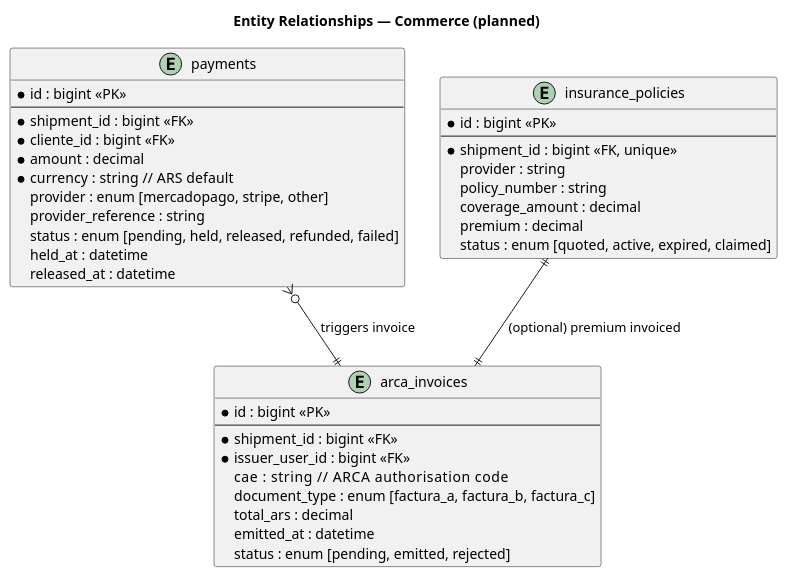
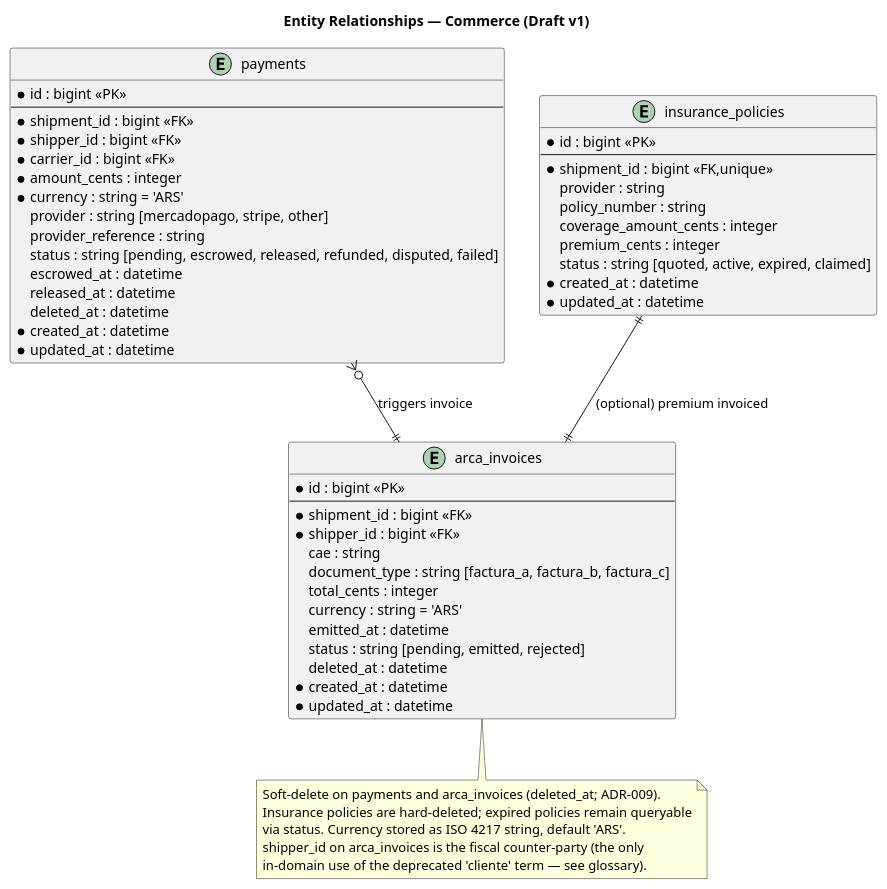
Before and after one commit to matias-ferrero/Truckr: the diagram in docs/04-database-diagrams/erd-commerce.puml, drawn with PlantUML. The commit also changed 32 other files, not shown here.

First line of the commit message:
[REQ-BE-00005] docs(domain): draft initial domain model, glossary SoT, and identity spec (#74)

```diff
--- a/docs/04-database-diagrams/erd-commerce.puml
+++ b/docs/04-database-diagrams/erd-commerce.puml
@@ -1,44 +1,62 @@
 @startuml erd-commerce
-title Entity Relationships — Commerce (planned)
+title Entity Relationships — Commerce (Draft v1)
 
 entity "payments" as p {
   * id : bigint <<PK>>
   --
   * shipment_id : bigint <<FK>>
-  * cliente_id : bigint <<FK>>
-  * amount : decimal
-  * currency : string  // ARS default
-  provider : enum [mercadopago, stripe, other]
+  * shipper_id : bigint <<FK>>
+  * carrier_id : bigint <<FK>>
+  * amount_cents : integer
+  * currency : string = 'ARS'
+  provider : string [mercadopago, stripe, other]
   provider_reference : string
-  status : enum [pending, held, released, refunded, failed]
-  held_at : datetime
+  status : string [pending, escrowed, released, refunded, disputed, failed]
+  escrowed_at : datetime
   released_at : datetime
+  deleted_at : datetime
+  * created_at : datetime
+  * updated_at : datetime
 }
 
 entity "insurance_policies" as ip {
   * id : bigint <<PK>>
   --
-  * shipment_id : bigint <<FK, unique>>
+  * shipment_id : bigint <<FK,unique>>
   provider : string
   policy_number : string
-  coverage_amount : decimal
-  premium : decimal
-  status : enum [quoted, active, expired, claimed]
+  coverage_amount_cents : integer
+  premium_cents : integer
+  status : string [quoted, active, expired, claimed]
+  * created_at : datetime
+  * updated_at : datetime
 }
 
 entity "arca_invoices" as inv {
   * id : bigint <<PK>>
   --
   * shipment_id : bigint <<FK>>
-  * issuer_user_id : bigint <<FK>>
-  cae : string       // ARCA authorisation code
-  document_type : enum [factura_a, factura_b, factura_c]
-  total_ars : decimal
+  * shipper_id : bigint <<FK>>
+  cae : string
+  document_type : string [factura_a, factura_b, factura_c]
+  total_cents : integer
+  currency : string = 'ARS'
   emitted_at : datetime
-  status : enum [pending, emitted, rejected]
+  status : string [pending, emitted, rejected]
+  deleted_at : datetime
+  * created_at : datetime
+  * updated_at : datetime
 }
 
 p }o--|| inv : "triggers invoice"
 ip ||--|| inv : "(optional) premium invoiced"
 
+note bottom
+  Soft-delete on payments and arca_invoices (deleted_at; ADR-009).
+  Insurance policies are hard-deleted; expired policies remain queryable
+  via status. Currency stored as ISO 4217 string, default 'ARS'.
+  shipper_id on arca_invoices is the fiscal counter-party (the only
+  in-domain use of the deprecated 'cliente' term — see glossary).
+end note
+
 @enduml
```
